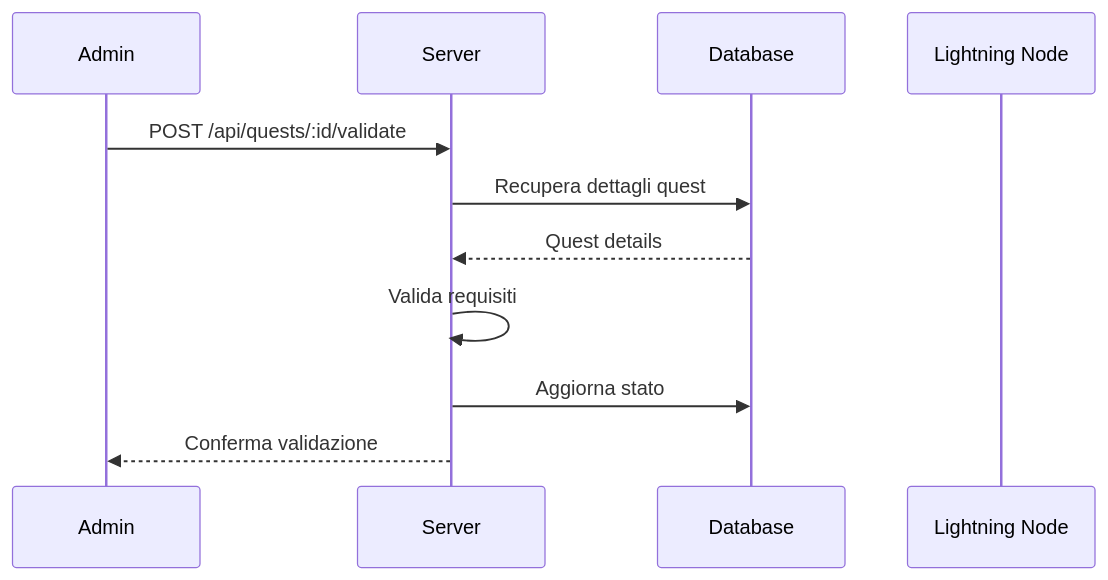
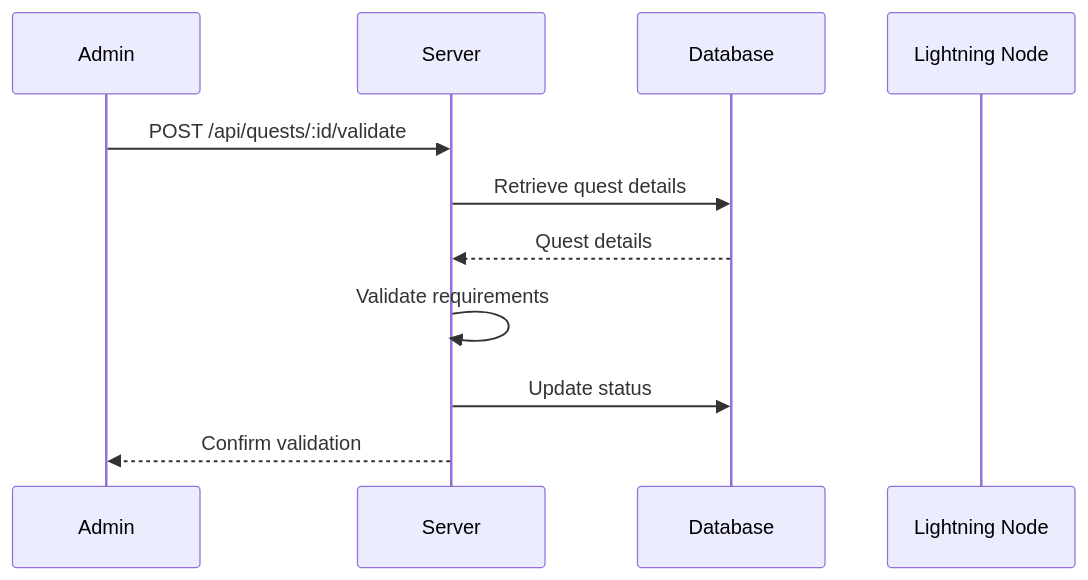
One commit to ElysiumLab/plan-b-tech-school-assignment changed the second of 4 diagrams in README.md. Above: the diagram before and after it, drawn with Mermaid. The commit also changed other lines of this file and 1 other file, not shown here.

````diff
--- a/README.md
+++ b/README.md
@@ -40,14 +40,14 @@
 ```mermaid
 sequenceDiagram
     participant A as Admin
     participant S as Server
     participant DB as Database
     participant LN as Lightning Node
 
     A->>S: POST /api/quests/:id/validate
-    S->>DB: Recupera dettagli quest
+    S->>DB: Retrieve quest details
     DB-->>S: Quest details
-    S->>S: Valida requisiti
-    S->>DB: Aggiorna stato
-    S-->>A: Conferma validazione
+    S->>S: Validate requirements
+    S->>DB: Update status
+    S-->>A: Confirm validation
 ```
````
